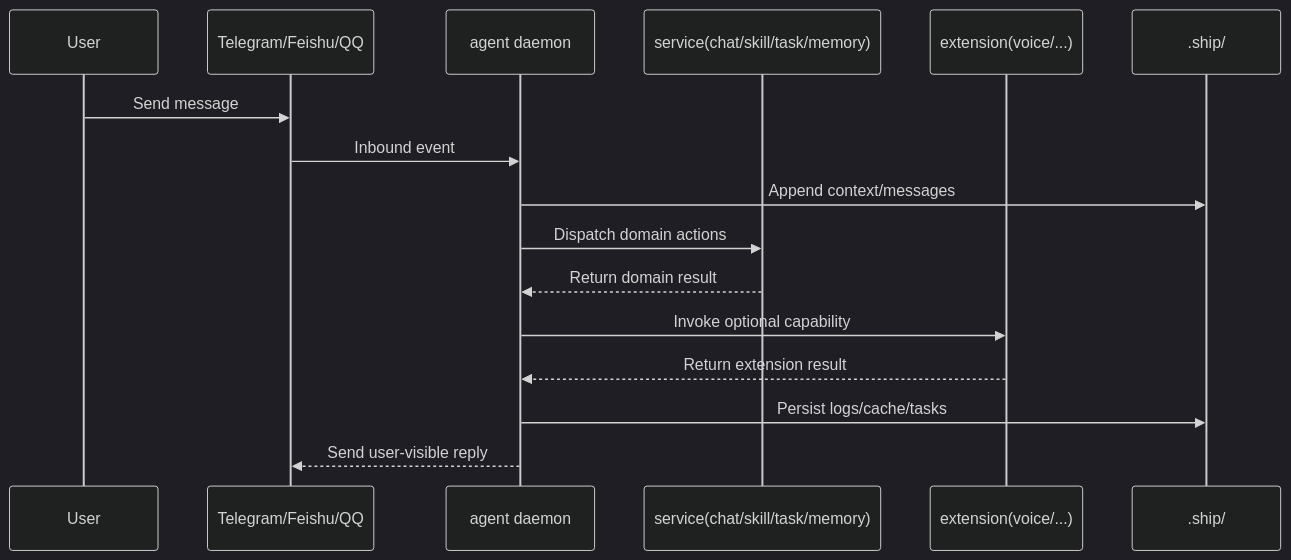
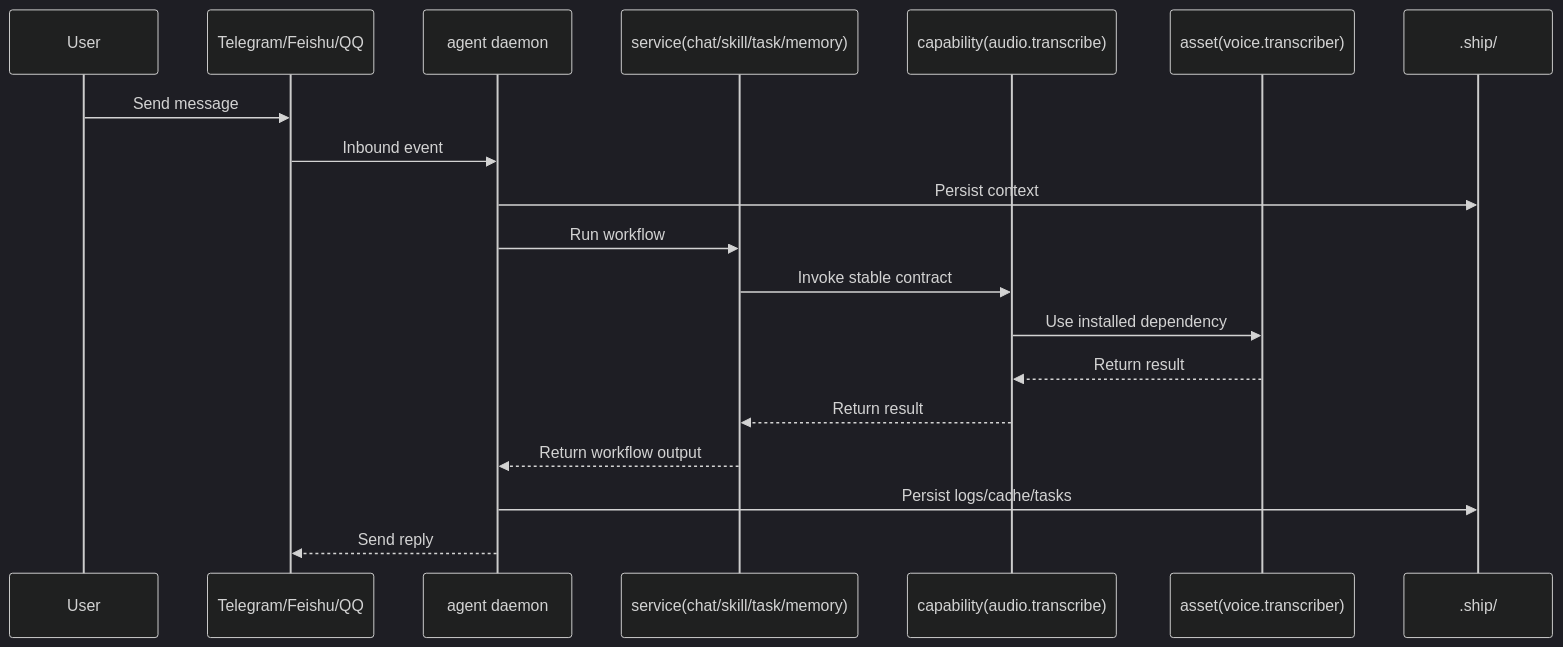
One commit to wangenius/downcity changed the second of 2 diagrams in homepage/content/docs/en/concepts/logic-map.mdx. Above: the diagram before and after it, drawn with Mermaid (dark theme). The commit also changed other lines of this file and 189 other files, not shown here.

````diff
--- a/homepage/content/docs/en/concepts/logic-map.mdx
+++ b/homepage/content/docs/en/concepts/logic-map.mdx
@@ -46,19 +47,22 @@
 ```mermaid
 sequenceDiagram
   participant User as User
   participant Channel as Telegram/Feishu/QQ
   participant Agent as agent daemon
   participant Service as service(chat/skill/task/memory)
-  participant Ext as extension(voice/...)
+  participant Capability as capability(audio.transcribe)
+  participant Asset as asset(voice.transcriber)
   participant Disk as .ship/
 
   User->>Channel: Send message
   Channel->>Agent: Inbound event
-  Agent->>Disk: Append context/messages
-  Agent->>Service: Dispatch domain actions
-  Service-->>Agent: Return domain result
-  Agent->>Ext: Invoke optional capability
-  Ext-->>Agent: Return extension result
+  Agent->>Disk: Persist context
+  Agent->>Service: Run workflow
+  Service->>Capability: Invoke stable contract
+  Capability->>Asset: Use installed dependency
+  Asset-->>Capability: Return result
+  Capability-->>Service: Return result
+  Service-->>Agent: Return workflow output
   Agent->>Disk: Persist logs/cache/tasks
-  Agent-->>Channel: Send user-visible reply
+  Agent-->>Channel: Send reply
 ```
````
